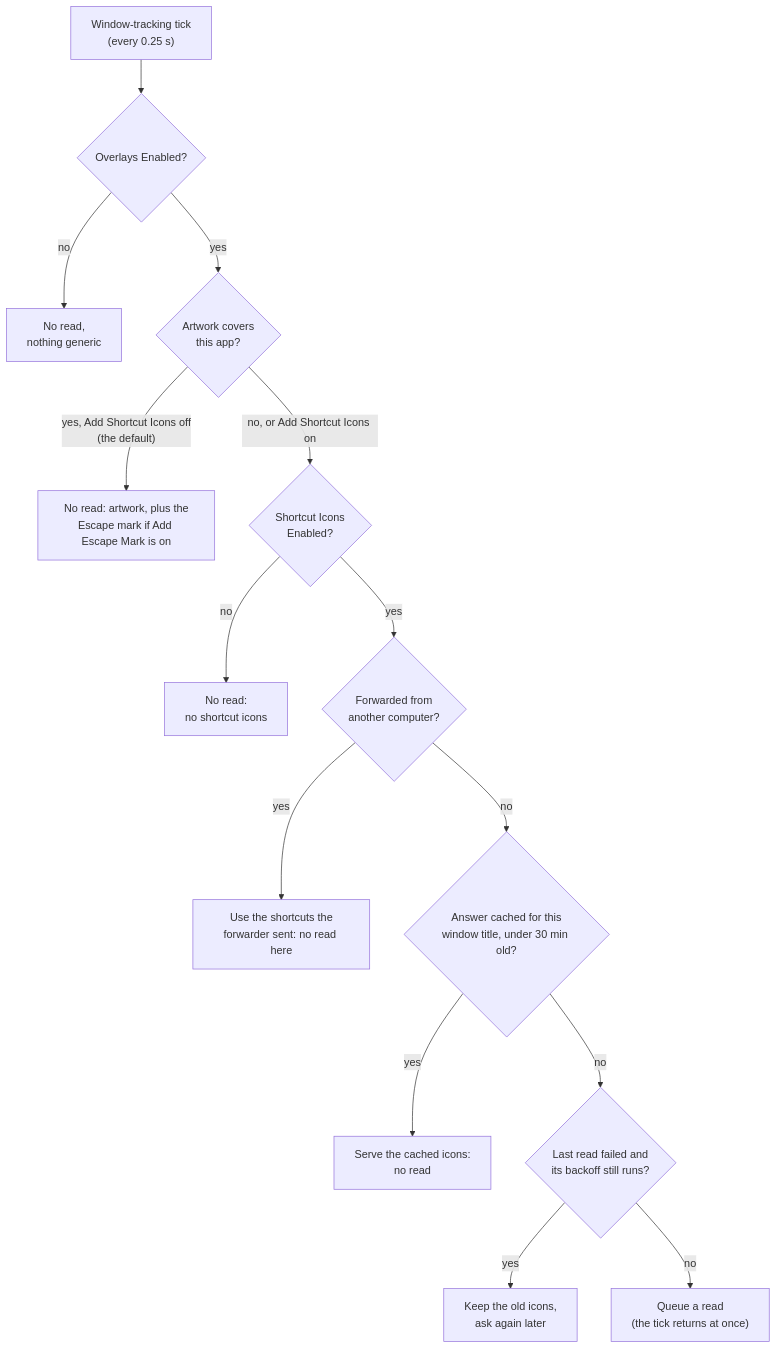
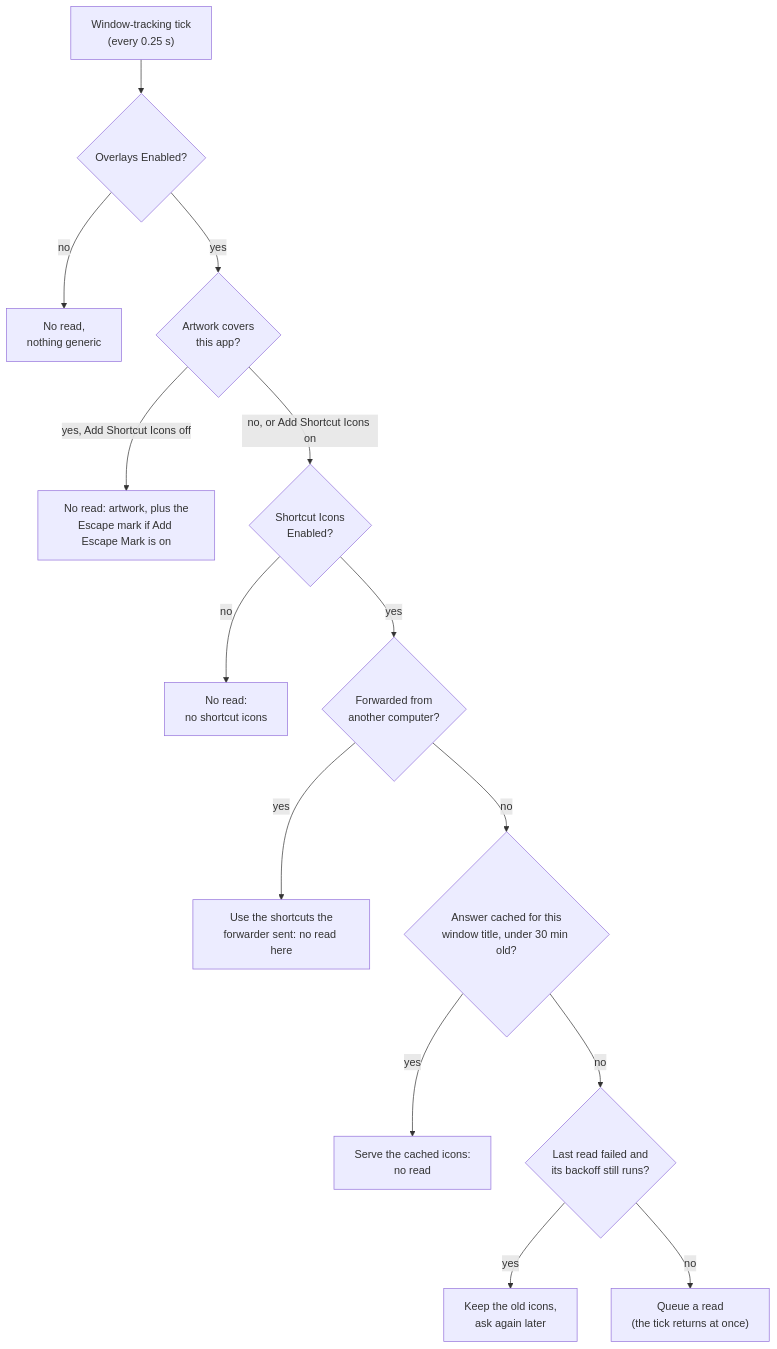
Before and after one commit to thpoll83/polykybd-docs: the fourth of 7 diagrams in src/content/docs/development/system-model.mdx, drawn with Mermaid. The commit also changed 2 other files, not shown here.

Commit message:
Overlays Add Shortcut Icons is on by default
The host turns it back on after the hardware trial (PolyKybdHost#393).

Claude-Session: https://claude.ai/code/session_01GjRQTBw5NoRCkfucUwbQUo

````diff
--- a/src/content/docs/development/system-model.mdx
+++ b/src/content/docs/development/system-model.mdx
@@ -220,16 +220,16 @@
 ```mermaid
 flowchart TD
   T["Window-tracking tick<br/>(every 0.25 s)"] --> E{"Overlays Enabled?"}
   E -- no --> X["No read,<br/>nothing generic"]
   E -- yes --> A{"Artwork covers<br/>this app?"}
-  A -- "yes, Add Shortcut Icons off<br/>(the default)" --> N["No read: artwork, plus the<br/>Escape mark if Add Escape Mark is on"]
+  A -- "yes, Add Shortcut Icons off" --> N["No read: artwork, plus the<br/>Escape mark if Add Escape Mark is on"]
   A -- "no, or Add Shortcut Icons on" --> I{"Shortcut Icons<br/>Enabled?"}
   I -- no --> Y["No read:<br/>no shortcut icons"]
   I -- yes --> F{"Forwarded from<br/>another computer?"}
   F -- yes --> R["Use the shortcuts the<br/>forwarder sent: no read here"]
   F -- no --> C{"Answer cached for this<br/>window title, under 30 min old?"}
   C -- yes --> S["Serve the cached icons:<br/>no read"]
   C -- no --> B{"Last read failed and<br/>its backoff still runs?"}
   B -- yes --> W["Keep the old icons,<br/>ask again later"]
   B -- no --> Q["Queue a read<br/>(the tick returns at once)"]
 ```
````
